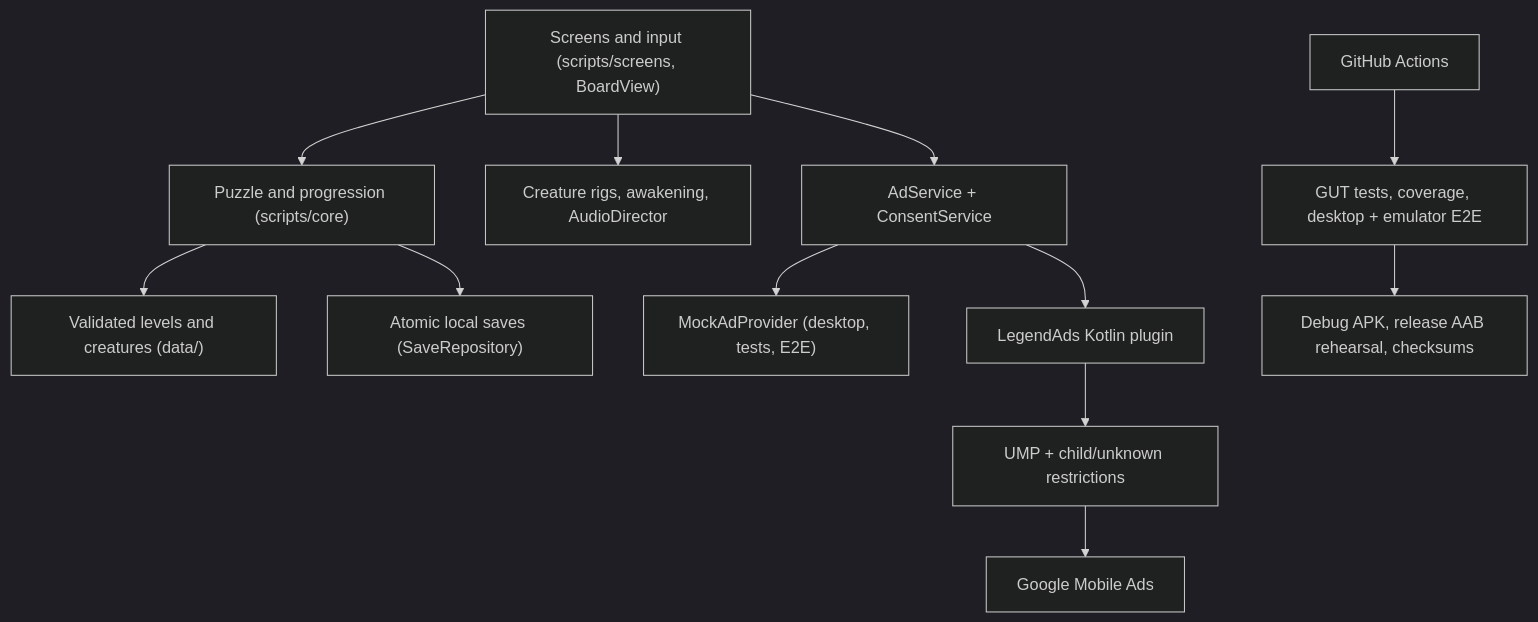
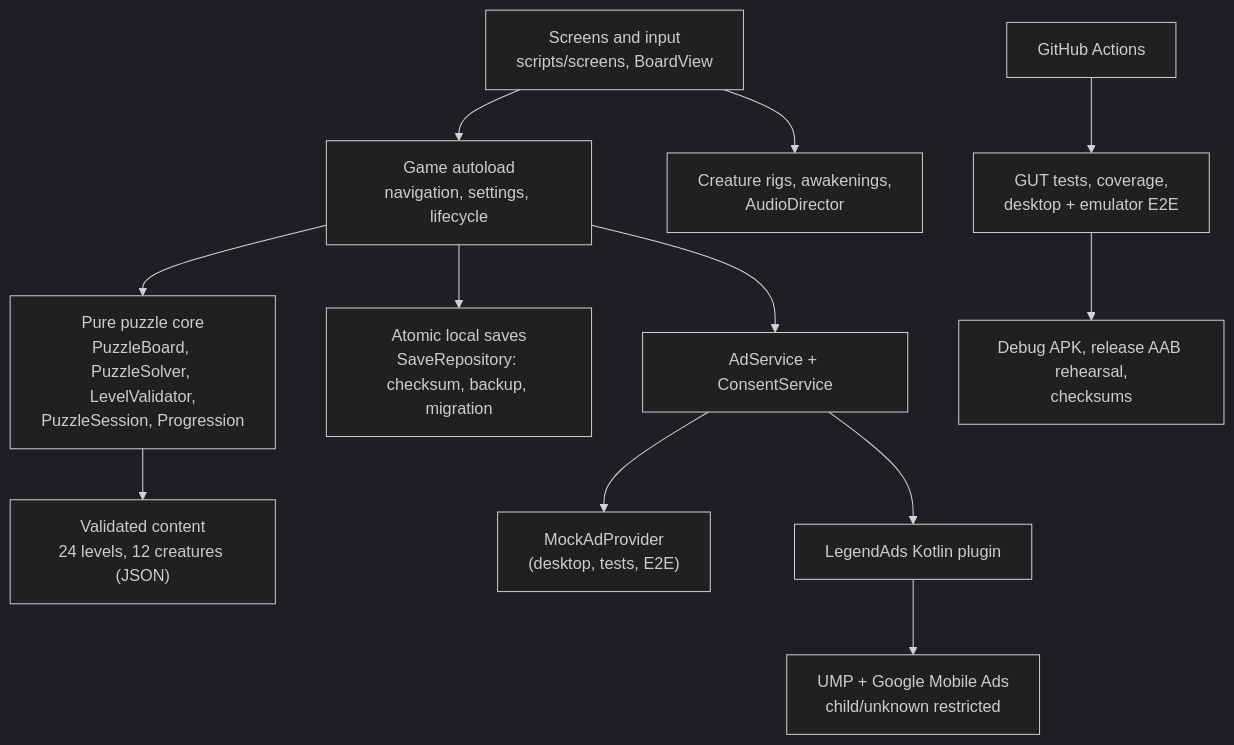
The second of 2 diagrams in README.md (MariaAlejandraBoadaRodriguez/legend-arrow), drawn with Mermaid (dark theme) before and after one commit. The commit also changed other lines of this file and 13 other files, not shown here.

````diff
--- a/README.md
+++ b/README.md
@@ -57,14 +91,14 @@
 ```mermaid
 flowchart TD
-    UI["Screens and input (scripts/screens, BoardView)"] --> Game["Puzzle and progression (scripts/core)"]
-    Game --> Content["Validated levels and creatures (data/)"]
-    Game --> Saves["Atomic local saves (SaveRepository)"]
-    UI --> Presentation["Creature rigs, awakening, AudioDirector"]
-    UI --> Ads["AdService + ConsentService"]
-    Ads --> Mock["MockAdProvider (desktop, tests, E2E)"]
+    UI["Screens and input<br/>scripts/screens, BoardView"] --> Game["Game autoload<br/>navigation, settings, lifecycle"]
+    Game --> Core["Pure puzzle core<br/>PuzzleBoard, PuzzleSolver, LevelValidator,<br/>PuzzleSession, Progression"]
+    Core --> Content["Validated content<br/>24 levels, 12 creatures (JSON)"]
+    Game --> Saves["Atomic local saves<br/>SaveRepository: checksum, backup, migration"]
+    UI --> Presentation["Creature rigs, awakenings,<br/>AudioDirector"]
+    Game --> Ads["AdService + ConsentService"]
+    Ads --> Mock["MockAdProvider<br/>(desktop, tests, E2E)"]
     Ads --> Bridge["LegendAds Kotlin plugin"]
-    Bridge --> Consent["UMP + child/unknown restrictions"]
-    Consent --> SDK["Google Mobile Ads"]
-    CI["GitHub Actions"] --> Tests["GUT tests, coverage, desktop + emulator E2E"]
-    Tests --> Build["Debug APK, release AAB rehearsal, checksums"]
+    Bridge --> SDK["UMP + Google Mobile Ads<br/>child/unknown restricted"]
+    CI["GitHub Actions"] --> Tests["GUT tests, coverage,<br/>desktop + emulator E2E"]
+    Tests --> Build["Debug APK, release AAB rehearsal,<br/>checksums"]
 ```
````
